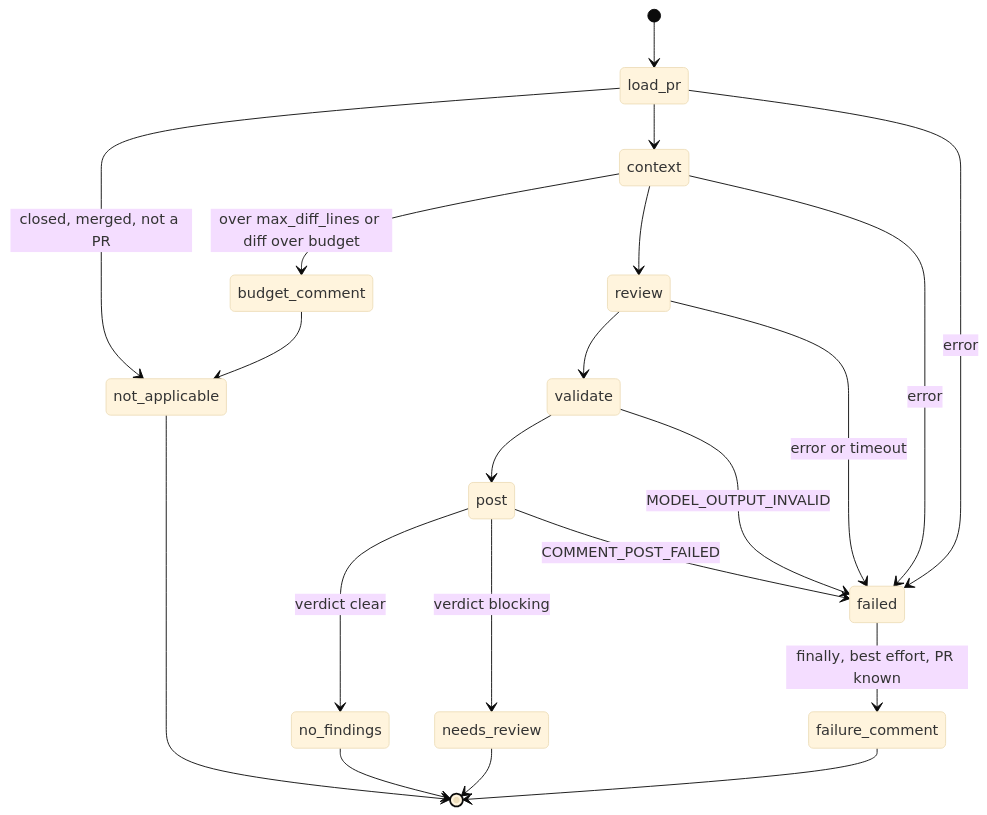
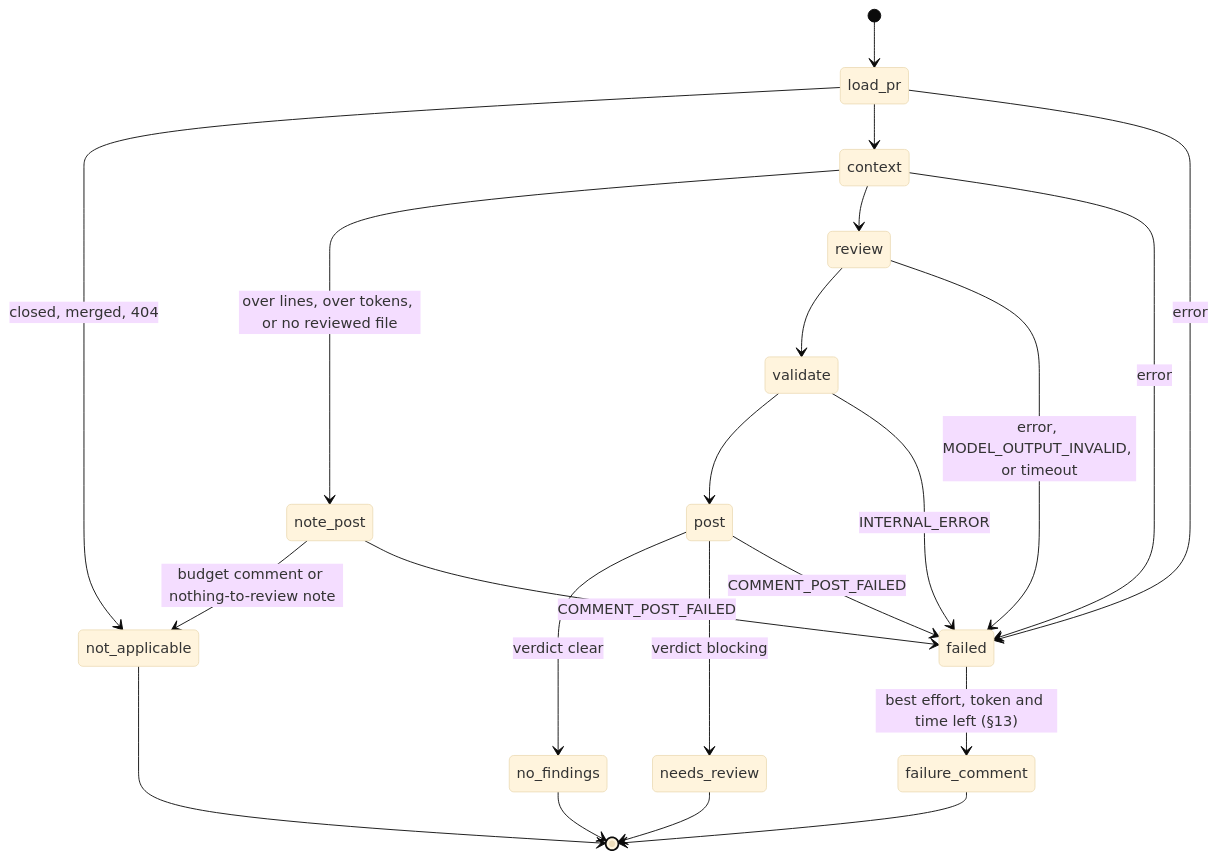
The fourth of 4 diagrams in workstream/specification-prd-code-review-agent.md (llipe/dev-tasks-agent-fleet), drawn with Mermaid (base theme) before and after one commit. The commit also changed other lines of this file, not shown here.

First line of the commit message:
docs(workstream): write back Wave A drift into code-review spec v1.3 (#406-#415)

````diff
--- a/workstream/specification-prd-code-review-agent.md
+++ b/workstream/specification-prd-code-review-agent.md
@@ -415,23 +454,24 @@
 ```mermaid
 stateDiagram-v2
     [*] --> load_pr
-    load_pr --> not_applicable: closed, merged, not a PR
+    load_pr --> not_applicable: closed, merged, 404
     load_pr --> context
-    context --> budget_comment: over max_diff_lines or diff over budget
-    budget_comment --> not_applicable
+    context --> note_post: over lines, over tokens, or no reviewed file
+    note_post --> not_applicable: budget comment or nothing-to-review note
     context --> review
     review --> validate
     validate --> post
     post --> no_findings: verdict clear
     post --> needs_review: verdict blocking
     load_pr --> failed: error
     context --> failed: error
-    review --> failed: error or timeout
-    validate --> failed: MODEL_OUTPUT_INVALID
+    review --> failed: error, MODEL_OUTPUT_INVALID, or timeout
+    validate --> failed: INTERNAL_ERROR
     post --> failed: COMMENT_POST_FAILED
-    failed --> failure_comment: finally, best effort, PR known
+    note_post --> failed: COMMENT_POST_FAILED
+    failed --> failure_comment: best effort, token and time left (§13)
     not_applicable --> [*]
     no_findings --> [*]
     needs_review --> [*]
     failure_comment --> [*]
 ```
````
